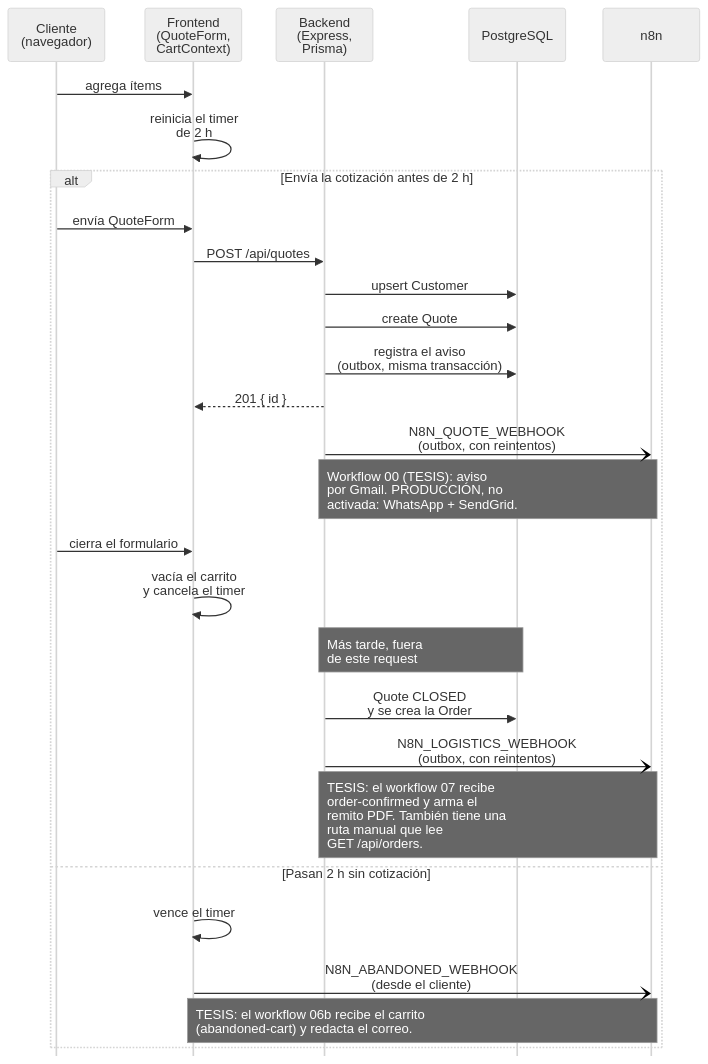
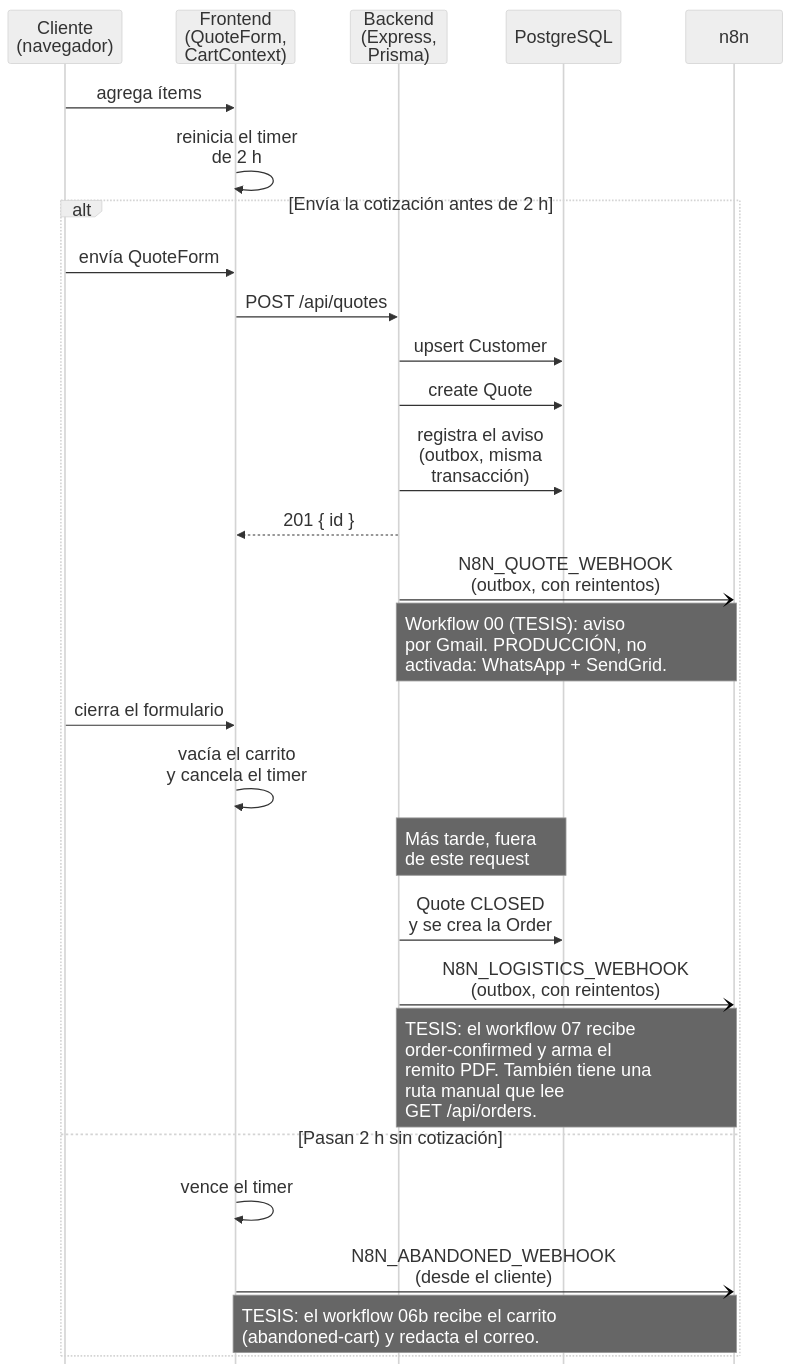
The diagram in docs/assets/diagrams/fig2-secuencia-leads.mmd (sudogringo/FINAL), drawn with Mermaid before and after one commit. The commit also changed 1 other file, not shown here.

Commit message:
docs(assets): Figure 2 rendered with 22 px text so it prints at about 8.3 pt
Mermaid 11 ignores the per-element sequence font sizes, so the diagram
was drawn at the default 16 px (about 7 pt at the 14 cm print width).
The top-level fontSize is now 22, with tighter actor and message margins
and one label wrapped; the content is unchanged. At 13 cm wide the text
prints at about 8.3 pt.

```diff
--- a/docs/assets/diagrams/fig2-secuencia-leads.mmd
+++ b/docs/assets/diagrams/fig2-secuencia-leads.mmd
@@ -1,29 +1,29 @@
-%%{init: {"theme":"neutral","sequence":{"mirrorActors":false,"actorFontSize":20,"messageFontSize":20,"noteFontSize":19,"actorMargin":14,"width":118,"boxMargin":6,"messageMargin":22,"wrap":false,"noteAlign":"left"},"themeVariables":{"fontFamily":"Arial"}}}%%
+%%{init: {"theme":"neutral","fontSize":22,"sequence":{"mirrorActors":false,"actorMargin":6,"width":118,"boxMargin":4,"messageMargin":8,"wrap":false,"noteAlign":"left"},"themeVariables":{"fontFamily":"Arial"}}}%%
 sequenceDiagram
     participant C as Cliente<br/>(navegador)
     participant FE as Frontend<br/>(QuoteForm,<br/>CartContext)
     participant BE as Backend<br/>(Express,<br/>Prisma)
     participant DB as PostgreSQL
     participant N8N as n8n
     C->>FE: agrega ítems
     FE->>FE: reinicia el timer<br/>de 2 h
     alt Envía la cotización antes de 2 h
         C->>FE: envía QuoteForm
         FE->>BE: POST /api/quotes
         BE->>DB: upsert Customer
         BE->>DB: create Quote
-        BE->>DB: registra el aviso<br/>(outbox, misma transacción)
+        BE->>DB: registra el aviso<br/>(outbox, misma<br/>transacción)
         BE-->>FE: 201 { id }
         BE-)N8N: N8N_QUOTE_WEBHOOK<br/>(outbox, con reintentos)
         Note over BE,N8N: Workflow 00 (TESIS): aviso<br/>por Gmail. PRODUCCIÓN, no<br/>activada: WhatsApp + SendGrid.
         C->>FE: cierra el formulario
         FE->>FE: vacía el carrito<br/>y cancela el timer
         Note over BE,DB: Más tarde, fuera<br/>de este request
         BE->>DB: Quote CLOSED<br/>y se crea la Order
         BE-)N8N: N8N_LOGISTICS_WEBHOOK<br/>(outbox, con reintentos)
         Note over BE,N8N: TESIS: el workflow 07 recibe<br/>order-confirmed y arma el<br/>remito PDF. También tiene una<br/>ruta manual que lee<br/>GET /api/orders.
     else Pasan 2 h sin cotización
         FE->>FE: vence el timer
         FE-)N8N: N8N_ABANDONED_WEBHOOK<br/>(desde el cliente)
         Note over FE,N8N: TESIS: el workflow 06b recibe el carrito<br/>(abandoned-cart) y redacta el correo.
     end
```
